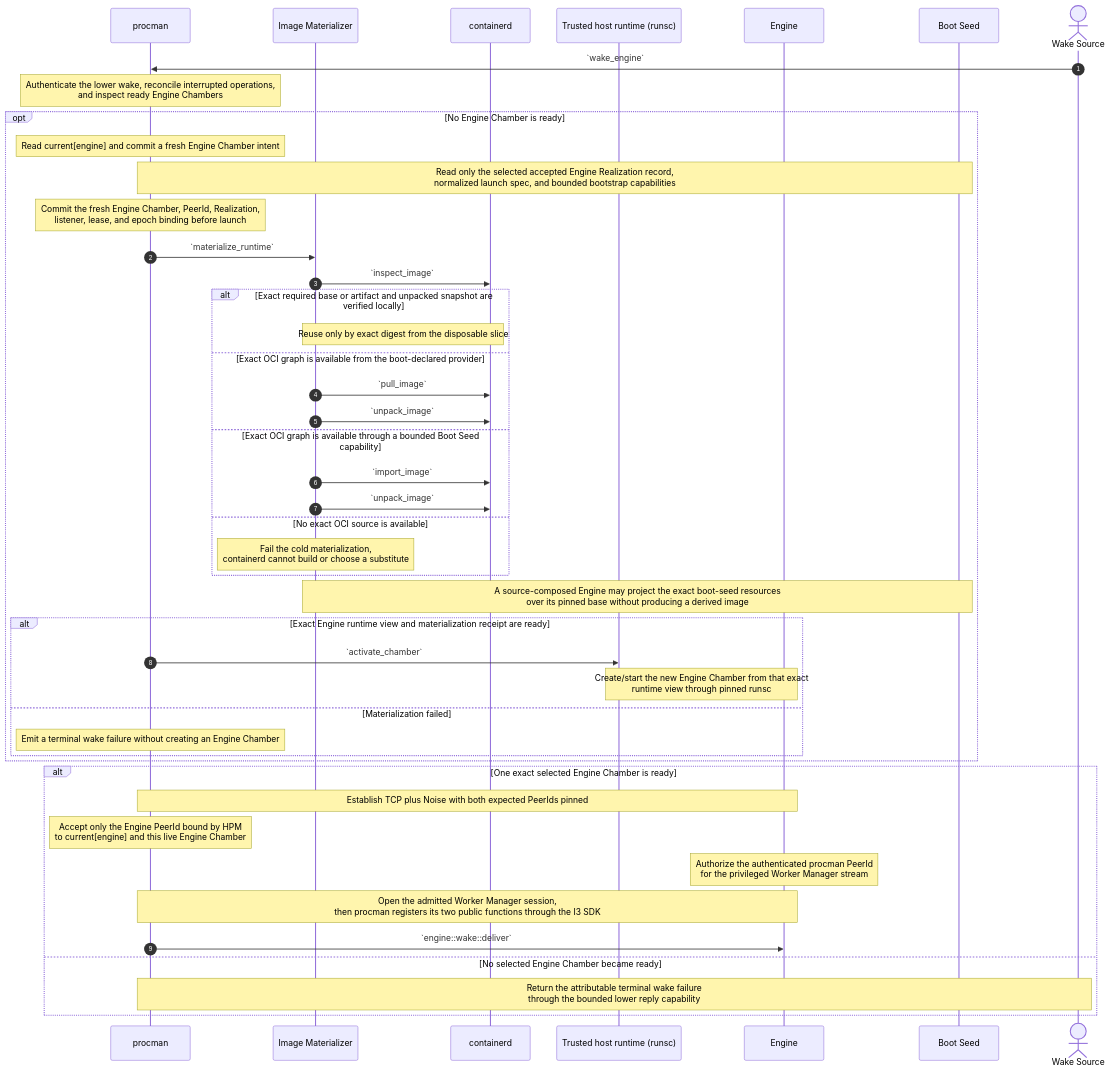
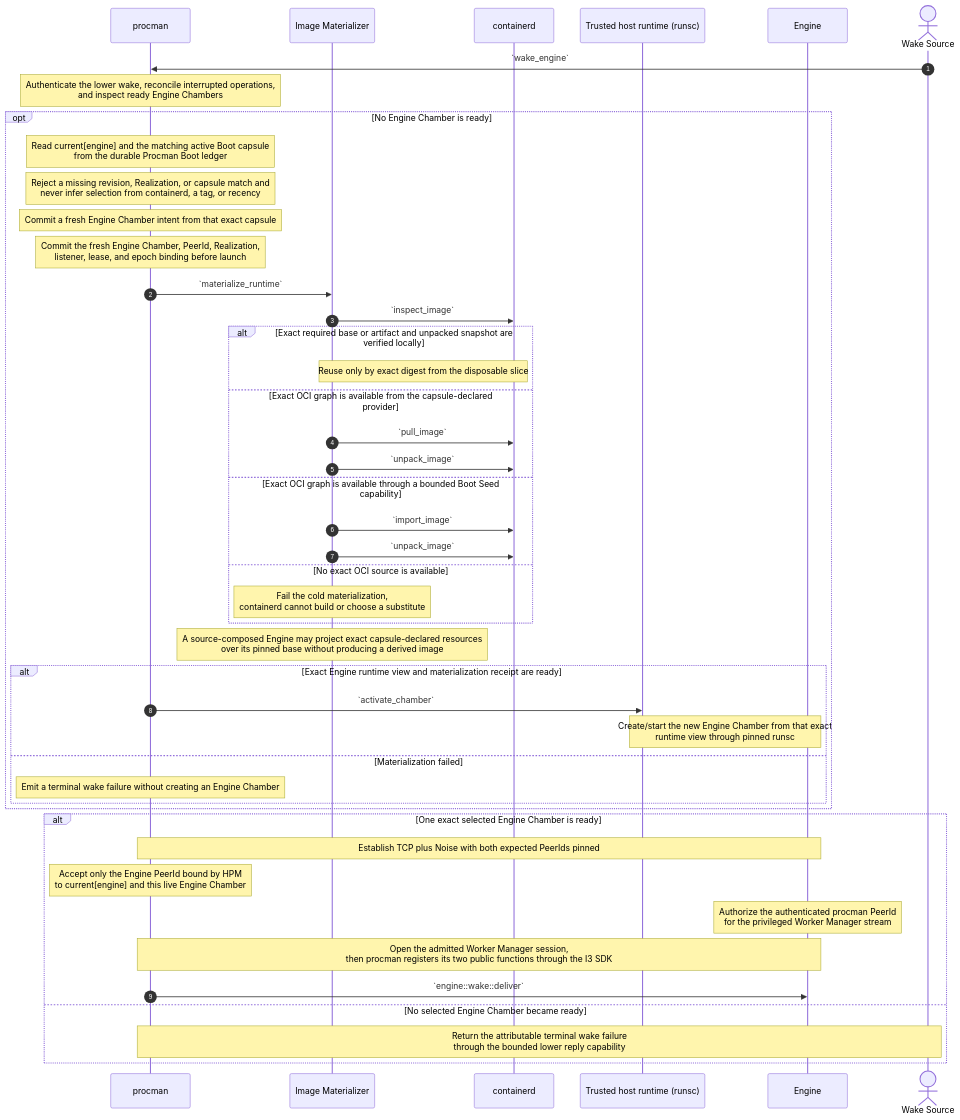
Before and after one commit to dreamcatcher-tech/chambers-lifecycle-explorer: the third of 12 diagrams in source/chambers-lifecycle-sequences.md, drawn with Mermaid. The commit also changed other lines of this file and 12 other files, not shown here.

Commit message:
feat: add source-derived lifecycle dictionaries

````diff
--- a/source/chambers-lifecycle-sequences.md
+++ b/source/chambers-lifecycle-sequences.md
@@ -534,50 +603,50 @@
 ```mermaid
 sequenceDiagram
     autonumber
     participant procman
     participant Materializer as Image Materializer
     participant containerd
     participant Runtime as Trusted host runtime (runsc)
     participant Engine
-    participant Boot as Boot Seed
     actor Wake as Wake Source
 
     Wake->>procman: `wake_engine`
     Note over procman: Authenticate the lower wake, reconcile interrupted operations,<br/>and inspect ready Engine Chambers
 
     opt No Engine Chamber is ready
-        Note over procman: Read current[engine] and commit a fresh Engine Chamber intent
-        Note over procman,Boot: Read only the selected accepted Engine Realization record,<br/>normalized launch spec, and bounded bootstrap capabilities
+        Note over procman: Read current[engine] and the matching active Boot capsule<br/>from the durable Procman Boot ledger
+        Note over procman: Reject a missing revision, Realization, or capsule match and<br/>never infer selection from containerd, a tag, or recency
+        Note over procman: Commit a fresh Engine Chamber intent from that exact capsule
         Note over procman: Commit the fresh Engine Chamber, PeerId, Realization,<br/>listener, lease, and epoch binding before launch
         procman->>Materializer: `materialize_runtime`
         Materializer->>containerd: `inspect_image`
         alt Exact required base or artifact and unpacked snapshot are verified locally
             Note over Materializer,containerd: Reuse only by exact digest from the disposable slice
-        else Exact OCI graph is available from the boot-declared provider
+        else Exact OCI graph is available from the capsule-declared provider
             Materializer->>containerd: `pull_image`
             Materializer->>containerd: `unpack_image`
         else Exact OCI graph is available through a bounded Boot Seed capability
             Materializer->>containerd: `import_image`
             Materializer->>containerd: `unpack_image`
         else No exact OCI source is available
             Note over Materializer: Fail the cold materialization,<br/>containerd cannot build or choose a substitute
         end
-        Note over Materializer,Boot: A source-composed Engine may project the exact boot-seed resources<br/>over its pinned base without producing a derived image
+        Note over Materializer: A source-composed Engine may project exact capsule-declared resources<br/>over its pinned base without producing a derived image
         alt Exact Engine runtime view and materialization receipt are ready
             procman->>Runtime: `activate_chamber`
             Note over Runtime,Engine: Create/start the new Engine Chamber from that exact<br/>runtime view through pinned runsc
         else Materialization failed
             Note over procman: Emit a terminal wake failure without creating an Engine Chamber
         end
     end
 
     alt One exact selected Engine Chamber is ready
         Note over procman,Engine: Establish TCP plus Noise with both expected PeerIds pinned
         Note over procman: Accept only the Engine PeerId bound by HPM<br/>to current[engine] and this live Engine Chamber
         Note over Engine: Authorize the authenticated procman PeerId<br/>for the privileged Worker Manager stream
         Note over procman,Engine: Open the admitted Worker Manager session,<br/>then procman registers its two public functions through the I3 SDK
         procman->>Engine: `engine::wake::deliver`
     else No selected Engine Chamber became ready
         Note over procman,Wake: Return the attributable terminal wake failure<br/>through the bounded lower reply capability
     end
 ```
````
